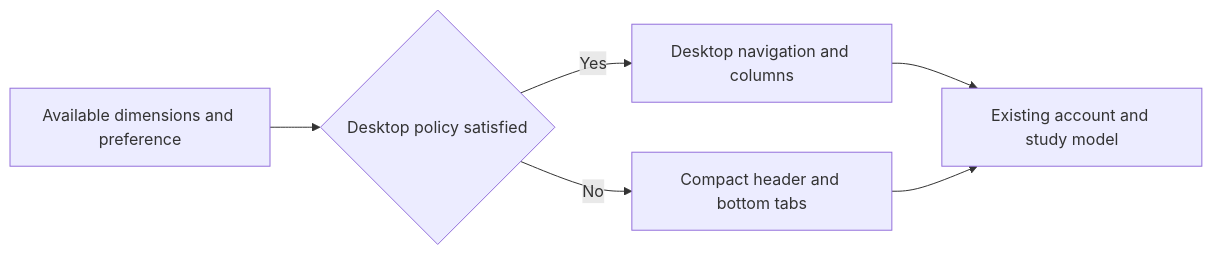
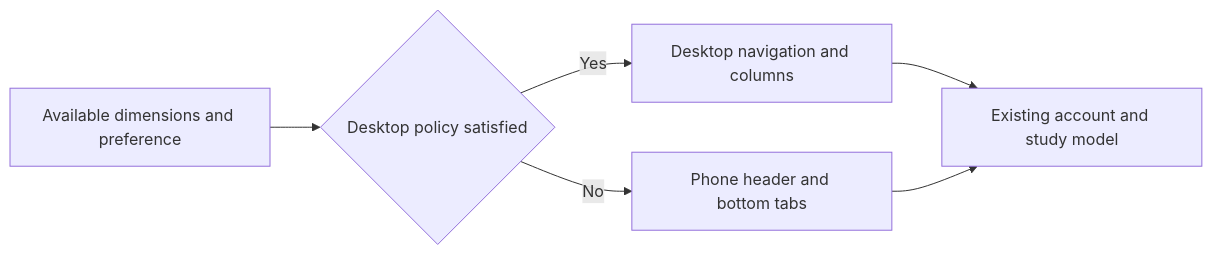
One commit to JaceDashS/english-companion changed the diagram in docs/design/app/30-responsive-layout.md. Above: the diagram before and after it, drawn with Mermaid. The commit also changed other lines of this file and 21 other files, not shown here.

````diff
--- a/docs/design/app/30-responsive-layout.md
+++ b/docs/design/app/30-responsive-layout.md
@@ -25,8 +27,8 @@
 ```mermaid
 flowchart LR
     A[Available dimensions and preference] --> B{Desktop policy satisfied}
     B -- Yes --> C[Desktop navigation and columns]
-    B -- No --> D[Compact header and bottom tabs]
+    B -- No --> D[Phone header and bottom tabs]
     C --> E[Existing account and study model]
     D --> E
 ```
````
